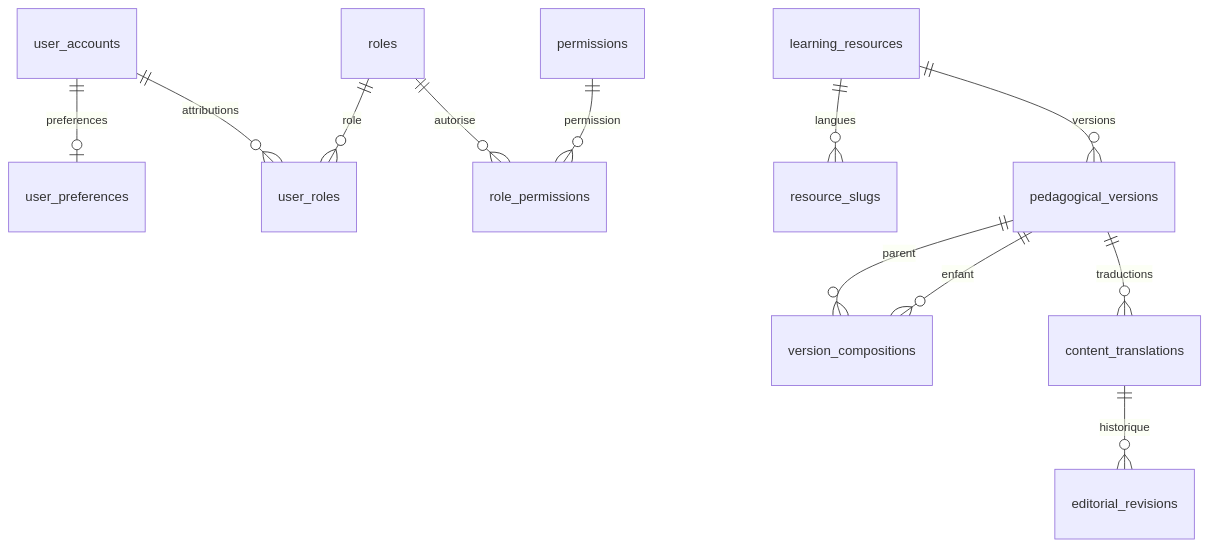
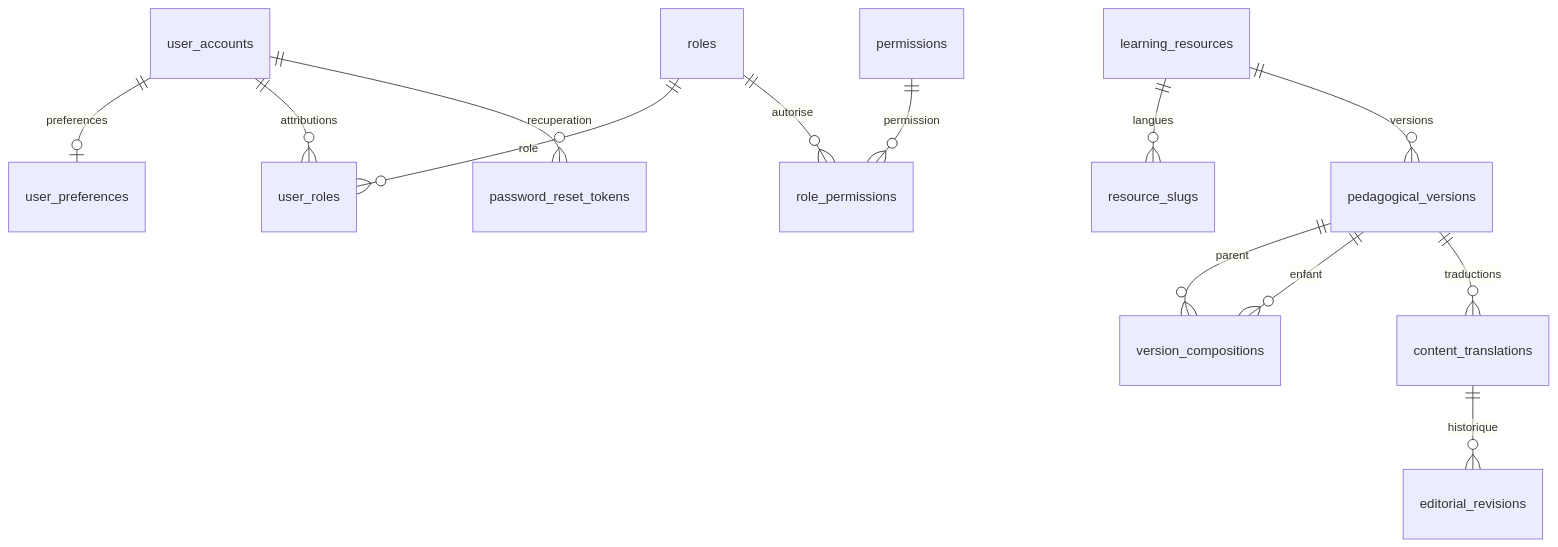
Before and after one commit to fonkoukevin/chatgpt_courses: the diagram in docs/DATA_MODEL.md, drawn with Mermaid. The commit also changed other lines of this file and 122 other files, not shown here.

````diff
--- a/docs/DATA_MODEL.md
+++ b/docs/DATA_MODEL.md
@@ -24,14 +24,15 @@
 ```mermaid
 erDiagram
   user_accounts ||--o| user_preferences : preferences
   user_accounts ||--o{ user_roles : attributions
   roles ||--o{ user_roles : role
   roles ||--o{ role_permissions : autorise
   permissions ||--o{ role_permissions : permission
+  user_accounts ||--o{ password_reset_tokens : recuperation
   learning_resources ||--o{ resource_slugs : langues
   learning_resources ||--o{ pedagogical_versions : versions
   pedagogical_versions ||--o{ version_compositions : parent
   pedagogical_versions ||--o{ version_compositions : enfant
   pedagogical_versions ||--o{ content_translations : traductions
   content_translations ||--o{ editorial_revisions : historique
 ```
````
